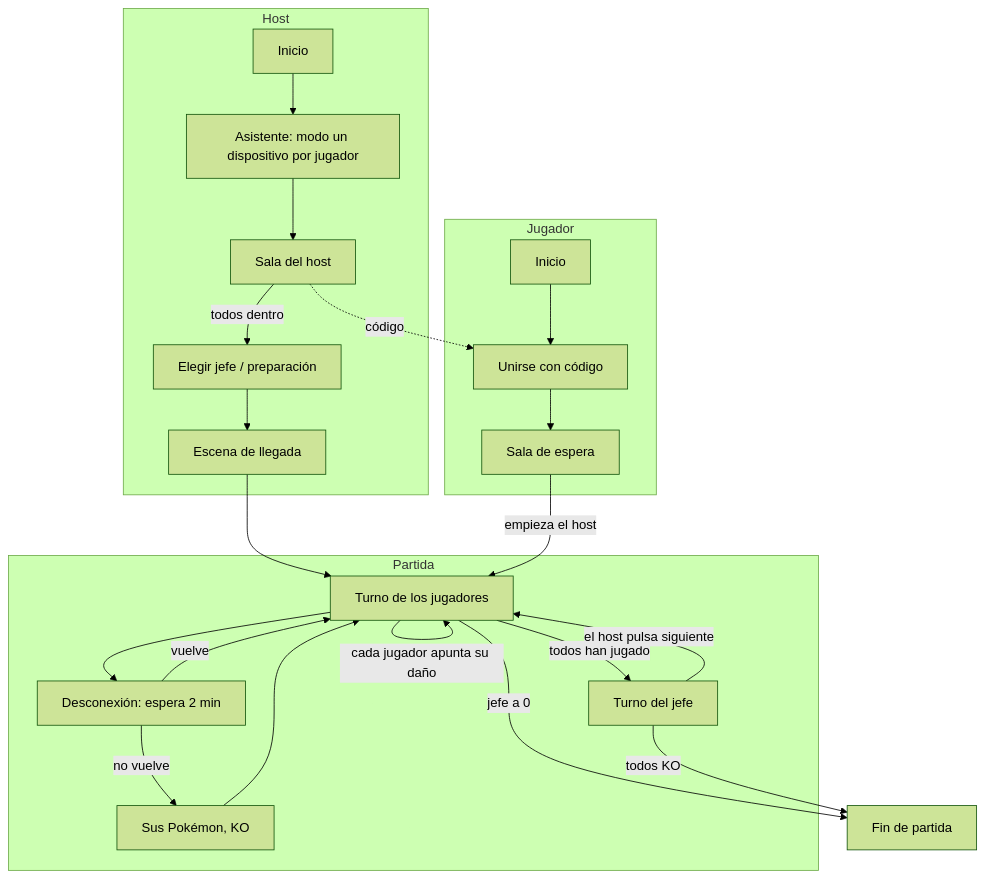
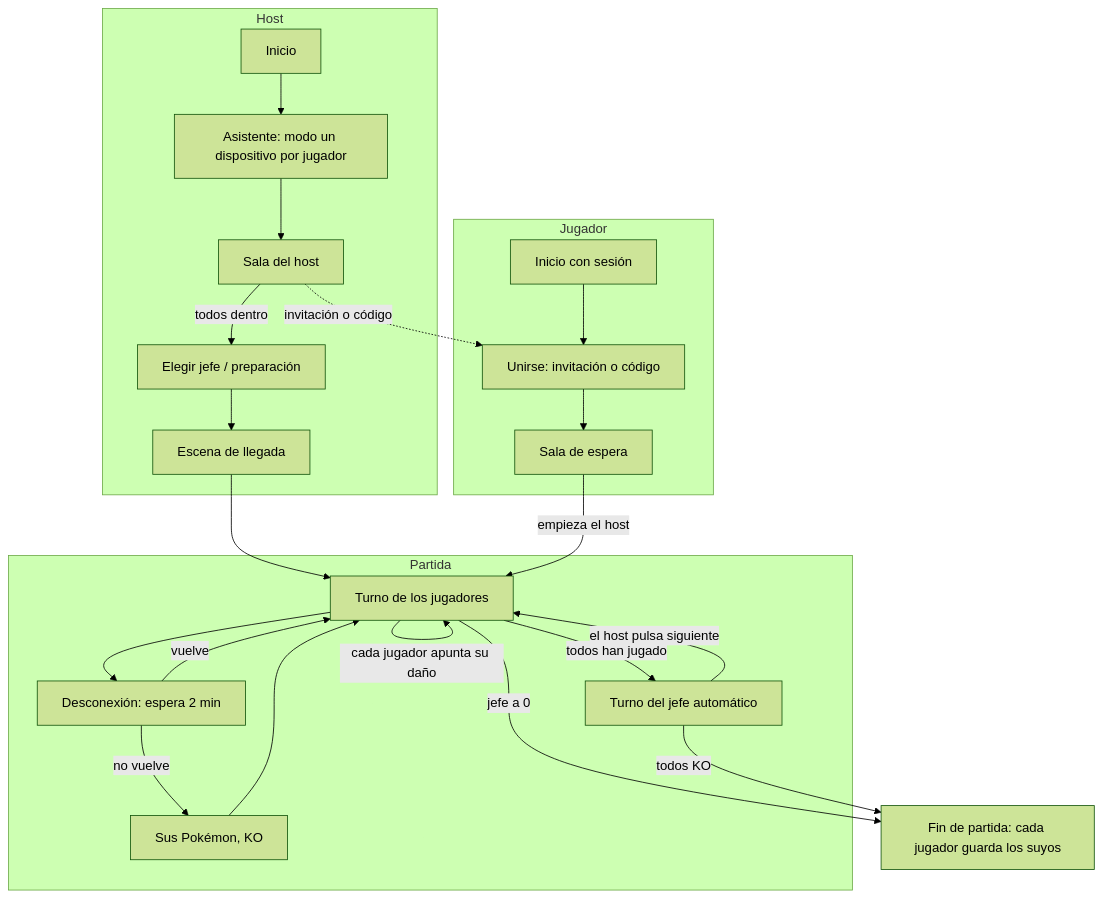
Before and after one commit to Ayme-99/TCG-Raid-Battles: the second of 2 diagrams in docs/diseno-ui/mapa-pantallas.md, drawn with Mermaid (forest theme). The commit also changed other lines of this file, not shown here.

First line of the commit message:
docs: decisiones del multi-dispositivo en el mapa de pantallas (T-54, #155)

````diff
--- a/docs/diseno-ui/mapa-pantallas.md
+++ b/docs/diseno-ui/mapa-pantallas.md
@@ -110,28 +120,28 @@
 ```mermaid
 flowchart TD
     subgraph Host
         H1[Inicio] --> H2[Asistente: modo un dispositivo por jugador]
         H2 --> H3[Sala del host]
         H3 -->|todos dentro| H4[Elegir jefe / preparación]
         H4 --> H5[Escena de llegada]
     end
     subgraph Jugador
-        J1[Inicio] --> J2[Unirse con código]
+        J1[Inicio con sesión] --> J2[Unirse: invitación o código]
         J2 --> J3[Sala de espera]
     end
-    H3 -. código .-> J2
+    H3 -. invitación o código .-> J2
     H5 --> M
     J3 -->|empieza el host| M
     subgraph Partida
         M[Turno de los jugadores]
         M -->|cada jugador apunta su daño| M
-        M -->|todos han jugado| B[Turno del jefe]
+        M -->|todos han jugado| B[Turno del jefe automático]
         B -->|el host pulsa siguiente| M
         M --> D[Desconexión: espera 2 min]
         D -->|vuelve| M
         D -->|no vuelve| K[Sus Pokémon, KO]
         K --> M
     end
-    M -->|jefe a 0| F[Fin de partida]
+    M -->|jefe a 0| F[Fin de partida: cada jugador guarda los suyos]
     B -->|todos KO| F
 ```
````
